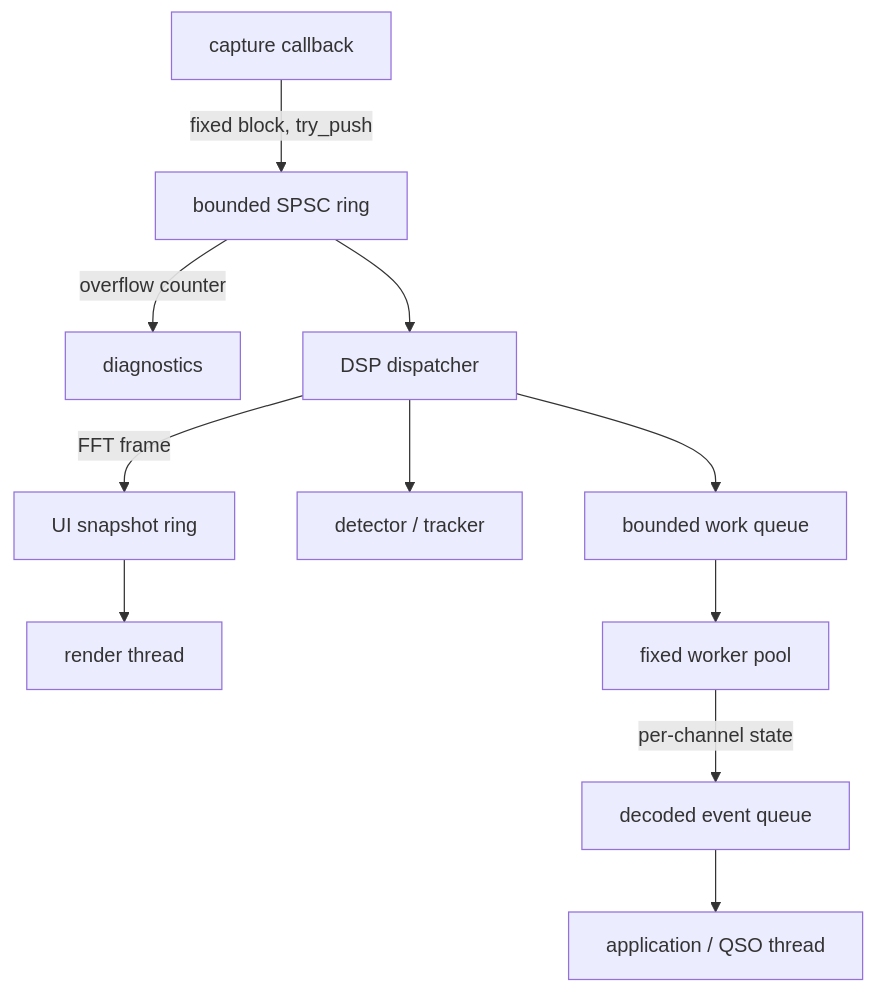
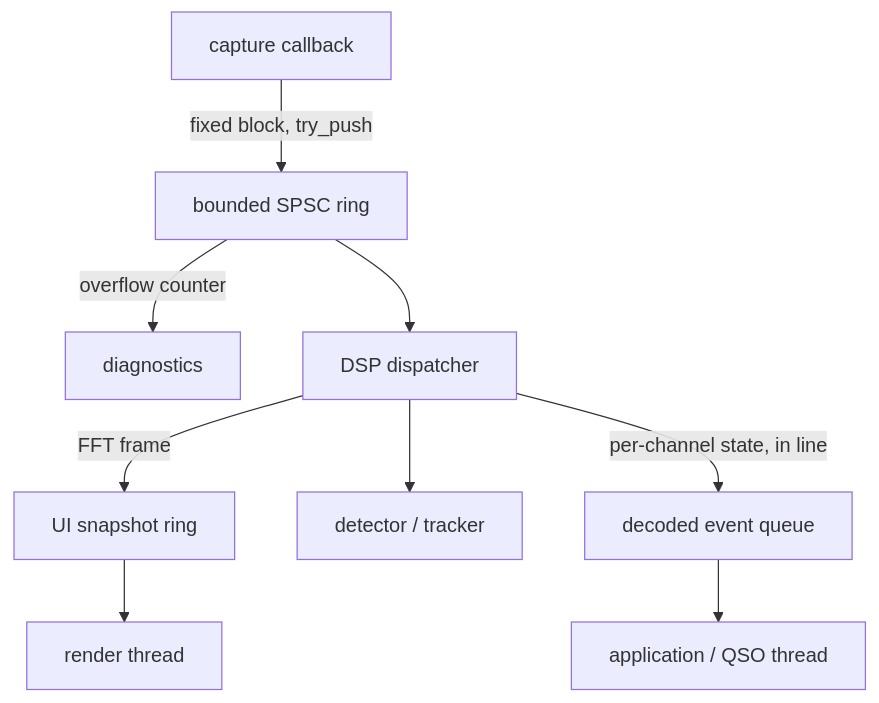
One commit to alessiobravi/CW-Assistant changed the second of 4 diagrams in docs/architecture.md. Above: the diagram before and after it, drawn with Mermaid. The commit also changed other lines of this file, not shown here.

First line of the commit message:
Describe the threading the application actually has

````diff
--- a/docs/architecture.md
+++ b/docs/architecture.md
@@ -53,10 +53,9 @@
 ```mermaid
 flowchart TB
   CB["capture callback"] -->|"fixed block, try_push"| RING["bounded SPSC ring"]
   RING -->|"overflow counter"| DIAG["diagnostics"]
   RING --> DSP["DSP dispatcher"]
   DSP -->|"FFT frame"| SNAP["UI snapshot ring"] --> RENDER["render thread"]
   DSP --> TRACK["detector / tracker"]
-  DSP --> WORK["bounded work queue"] --> POOL["fixed worker pool"]
-  POOL -->|"per-channel state"| EVQ["decoded event queue"] --> APP["application / QSO thread"]
+  DSP -->|"per-channel state, in line"| EVQ["decoded event queue"] --> APP["application / QSO thread"]
 ```
````
